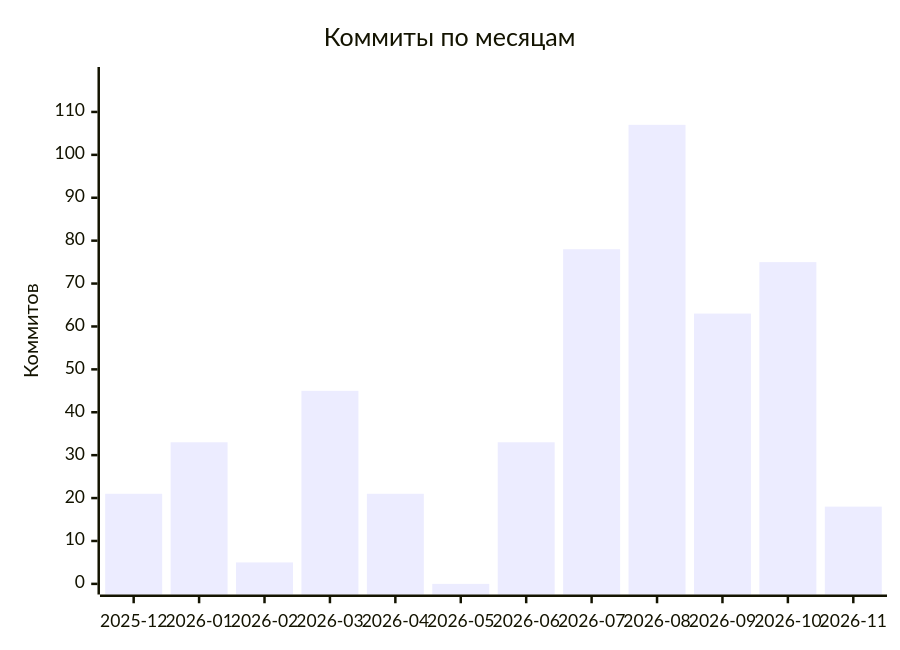
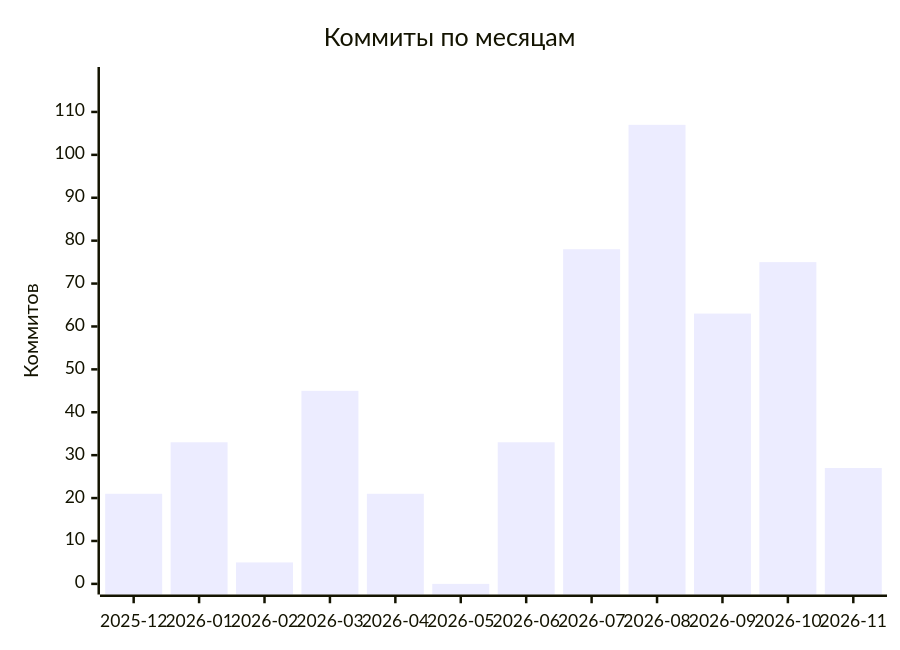
One commit to malexple/malexple changed the diagram in README.md. Above: the diagram before and after it, drawn with Mermaid. The commit also changed other lines of this file and 1 other file, not shown here.

````diff
--- a/README.md
+++ b/README.md
@@ -363,7 +363,7 @@
 ```mermaid
 xychart-beta
     title "Коммиты по месяцам"
     x-axis ["2025-12", "2026-01", "2026-02", "2026-03", "2026-04", "2026-05", "2026-06", "2026-07", "2026-08", "2026-09", "2026-10", "2026-11"]
     y-axis "Коммитов" 0 --> 118
-    bar [21, 33, 5, 45, 21, 0, 33, 78, 107, 63, 75, 18]
+    bar [21, 33, 5, 45, 21, 0, 33, 78, 107, 63, 75, 27]
 ```
````
